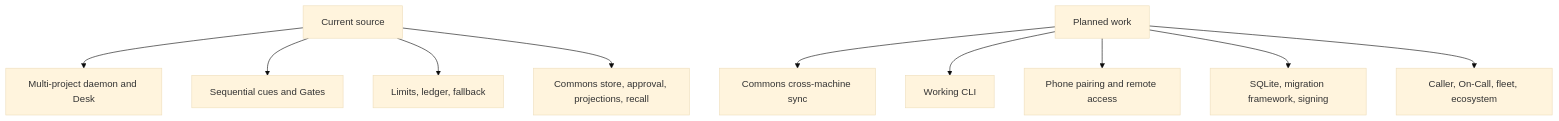
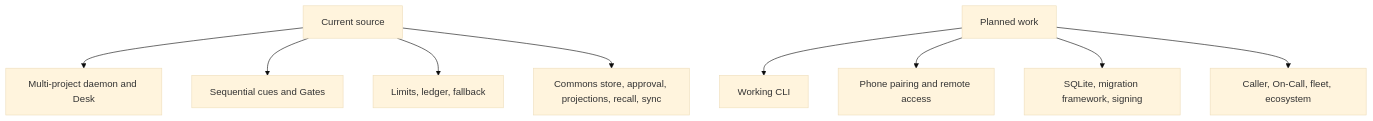
Before and after one commit to npyrz/Cuesheet: the third of 3 diagrams in docs/system-design/architecture.md, drawn with Mermaid (base theme). The commit also changed other lines of this file and 11 other files, not shown here.

First line of the commit message:
Add global Commons Git sync

````diff
--- a/docs/system-design/architecture.md
+++ b/docs/system-design/architecture.md
@@ -81,16 +81,15 @@
 ```mermaid
 flowchart TB
     Current[Current source]
     Planned[Planned work]
 
     Current --> C1[Multi-project daemon and Desk]
     Current --> C2[Sequential cues and Gates]
     Current --> C3[Limits, ledger, fallback]
-    Current --> C4[Commons store, approval, projections, recall]
+    Current --> C4[Commons store, approval, projections, recall, sync]
 
-    Planned --> P1[Commons cross-machine sync]
-    Planned --> P2[Working CLI]
-    Planned --> P3[Phone pairing and remote access]
-    Planned --> P4[SQLite, migration framework, signing]
-    Planned --> P5[Caller, On-Call, fleet, ecosystem]
+    Planned --> P1[Working CLI]
+    Planned --> P2[Phone pairing and remote access]
+    Planned --> P3[SQLite, migration framework, signing]
+    Planned --> P4[Caller, On-Call, fleet, ecosystem]
 ```
````
